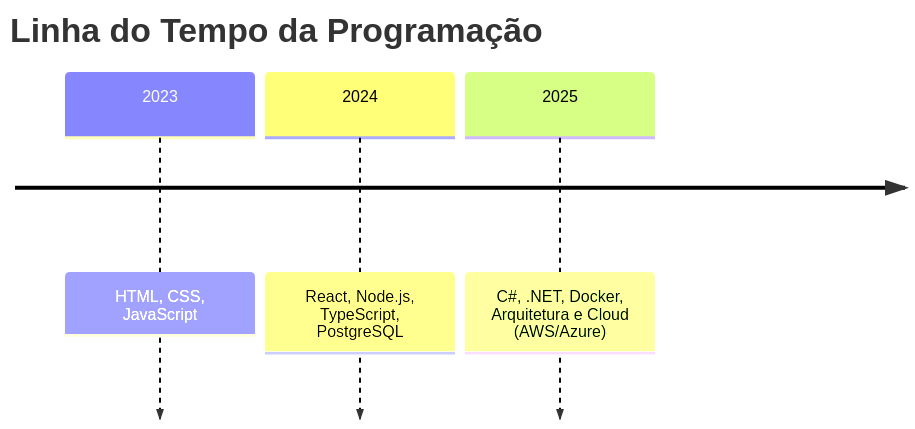
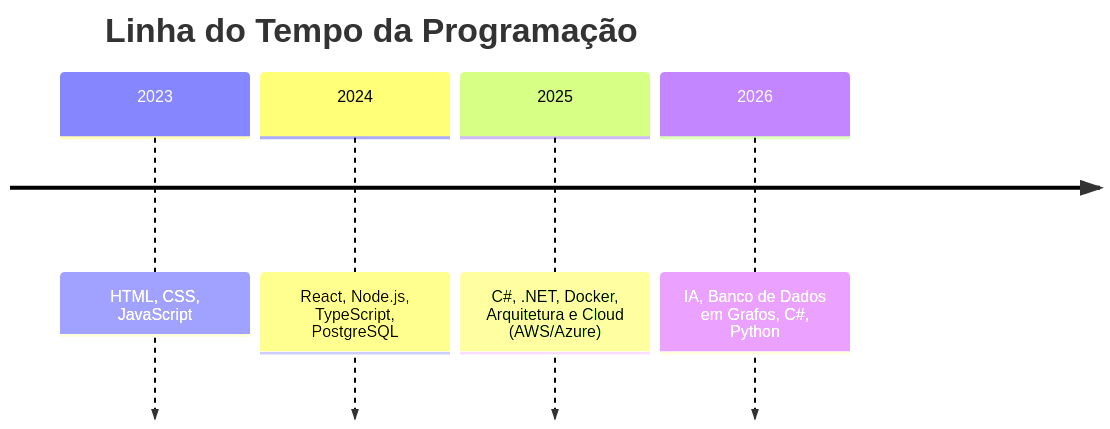
Before and after one commit to Gian-UC/Gian-UC: the diagram in README.md, drawn with Mermaid.

Commit message:
Add 2026 technologies to programming timeline

````diff
--- a/README.md
+++ b/README.md
@@ -42,7 +42,8 @@
 ```mermaid
 timeline
     title Linha do Tempo da Programação
     2023 : HTML, CSS, JavaScript
     2024 : React, Node.js, TypeScript, PostgreSQL
     2025 : C#, .NET, Docker, Arquitetura e Cloud (AWS/Azure)
+    2026 : IA, Banco de Dados em Grafos, C#, Python
 ```
````
